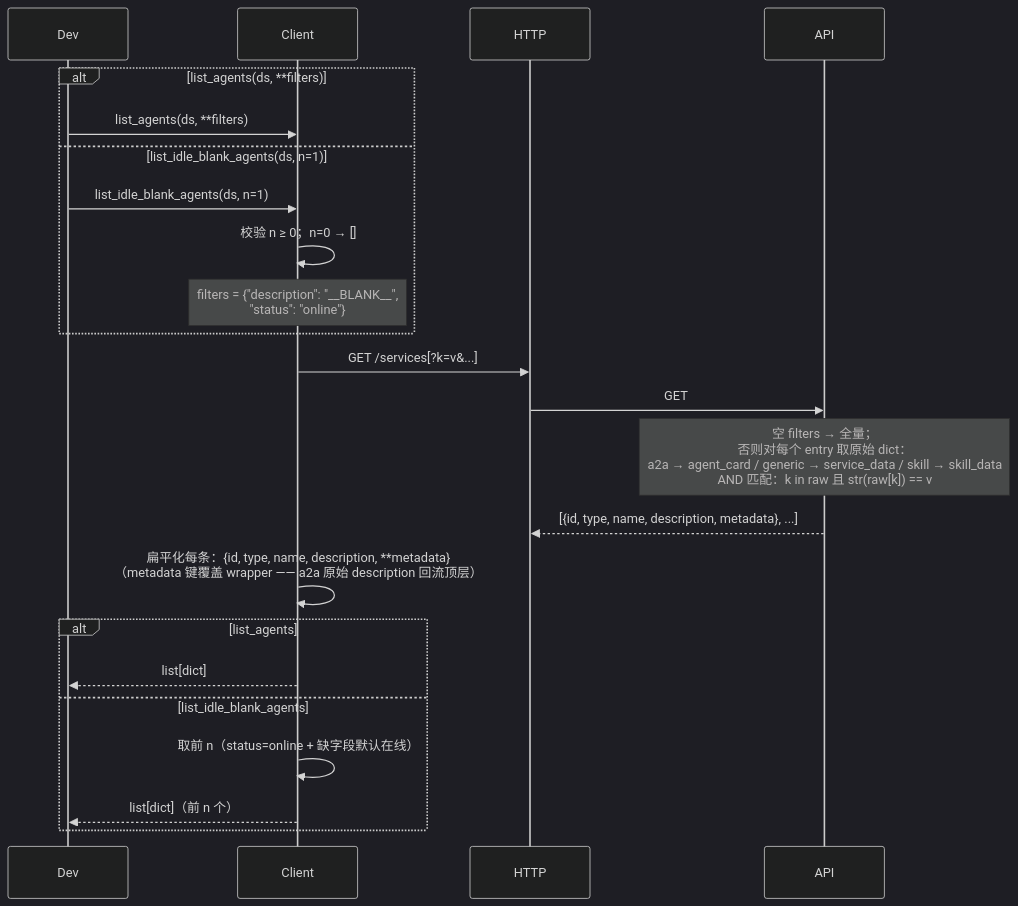
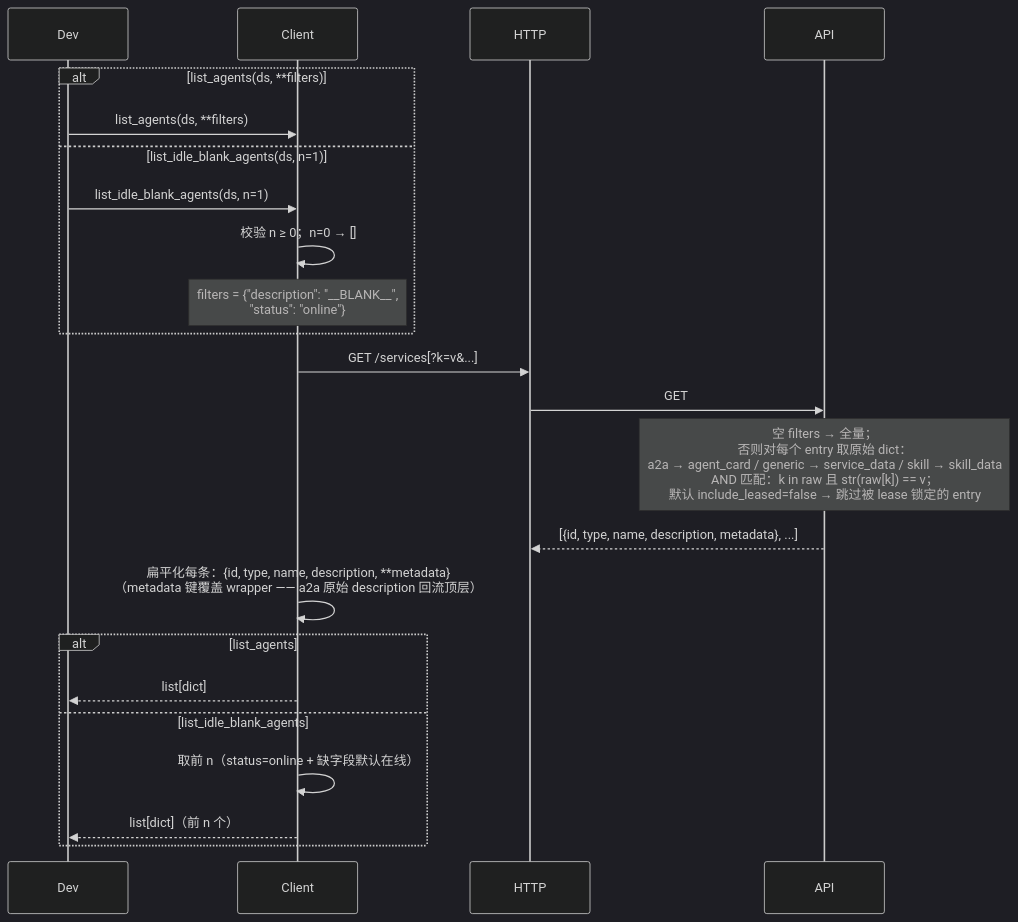
One commit to Weizheng96/A2X-registry changed the seventh of 8 diagrams in docs/client_design.md. Above: the diagram before and after it, drawn with Mermaid (dark theme). The commit also changed other lines of this file and 4 other files, not shown here.

````diff
--- a/docs/client_design.md
+++ b/docs/client_design.md
@@ -739,26 +749,26 @@
 ```mermaid
 sequenceDiagram
     participant Dev
     participant Client
     participant HTTP
     participant API
 
     alt list_agents(ds, **filters)
         Dev->>Client: list_agents(ds, **filters)
     else list_idle_blank_agents(ds, n=1)
         Dev->>Client: list_idle_blank_agents(ds, n=1)
         Client->>Client: 校验 n ≥ 0；n=0 → []
         Note over Client: filters = {"description": "__BLANK__",<br/>"status": "online"}
     end
     Client->>HTTP: GET /services[?k=v&...]
     HTTP->>API: GET
-    Note over API: 空 filters → 全量；<br/>否则对每个 entry 取原始 dict：<br/>a2a → agent_card / generic → service_data / skill → skill_data<br/>AND 匹配：k in raw 且 str(raw[k]) == v
+    Note over API: 空 filters → 全量；<br/>否则对每个 entry 取原始 dict：<br/>a2a → agent_card / generic → service_data / skill → skill_data<br/>AND 匹配：k in raw 且 str(raw[k]) == v；<br/>默认 include_leased=false → 跳过被 lease 锁定的 entry
     API-->>HTTP: [{id, type, name, description, metadata}, ...]
     Client->>Client: 扁平化每条：{id, type, name, description, **metadata}<br/>（metadata 键覆盖 wrapper —— a2a 原始 description 回流顶层）
     alt list_agents
         Client-->>Dev: list[dict]
     else list_idle_blank_agents
         Client->>Client: 取前 n（status=online + 缺字段默认在线）
         Client-->>Dev: list[dict]（前 n 个）
     end
 ```
````
